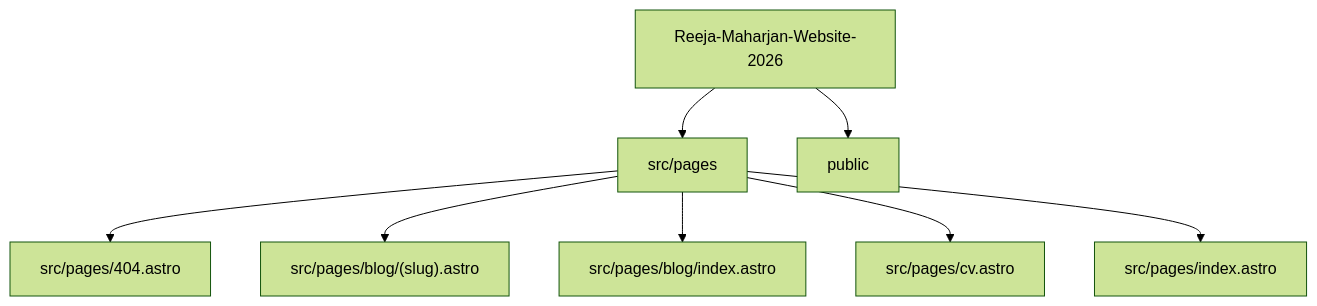
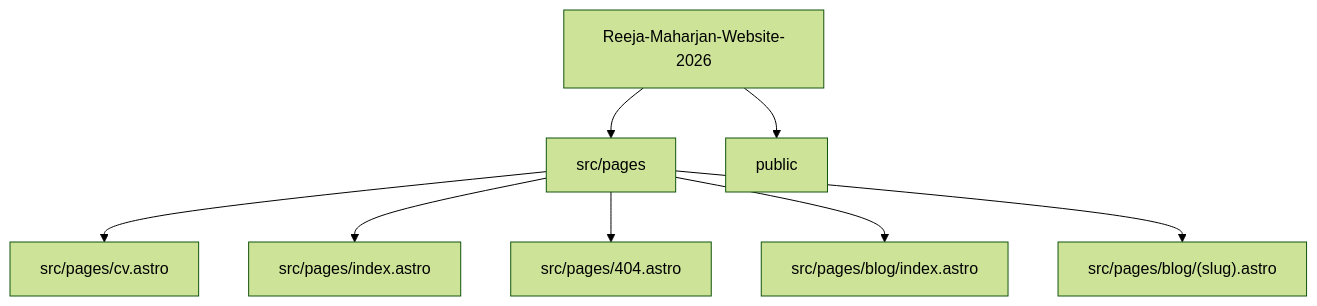
Before and after one commit to Nischhalsubba/Reeja-Maharjan-Website-2026: the second of 5 diagrams in README.md, drawn with Mermaid (forest theme). The commit also changed other lines of this file, not shown here.

````diff
--- a/README.md
+++ b/README.md
@@ -51,11 +94,11 @@
 ```mermaid
 flowchart TD
     APP["Reeja-Maharjan-Website-2026"]
     APP --> R0["src/pages"]
     APP --> R1["public"]
-    R0 --> F0["src/pages/404.astro"]
-    R0 --> F1["src/pages/blog/(slug).astro"]
-    R0 --> F2["src/pages/blog/index.astro"]
-    R0 --> F3["src/pages/cv.astro"]
-    R0 --> F4["src/pages/index.astro"]
+    R0 --> F0["src/pages/cv.astro"]
+    R0 --> F1["src/pages/index.astro"]
+    R0 --> F2["src/pages/404.astro"]
+    R0 --> F3["src/pages/blog/index.astro"]
+    R0 --> F4["src/pages/blog/(slug).astro"]
 ```
````
